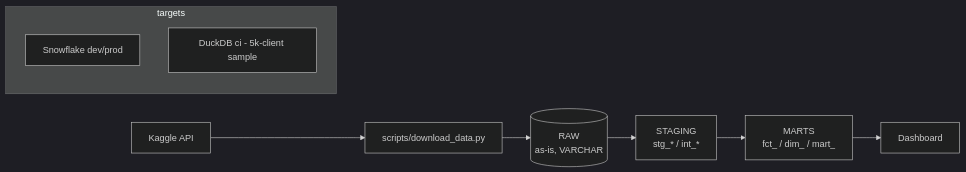
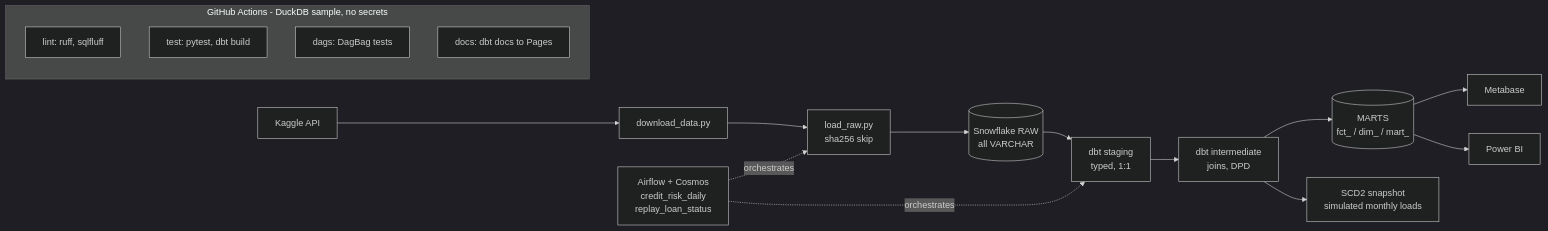
One commit to rondymercedes07/credit-risk-pipeline changed the diagram in README.md. Above: the diagram before and after it, drawn with Mermaid (dark theme). The commit also changed other lines of this file and 1 other file, not shown here.

Commit message:
docs: rewrite the README (architecture, quick start, decisions, findings, costs, limits) and note the checksum effect on the incremental model

````diff
--- a/README.md
+++ b/README.md
@@ -12,12 +24,20 @@
 ```mermaid
 flowchart LR
-    K[Kaggle API] --> D[scripts/download_data.py]
-    D --> R[(RAW<br/>as-is, VARCHAR)]
-    R --> S[STAGING<br/>stg_* / int_*]
-    S --> M[MARTS<br/>fct_ / dim_ / mart_]
-    M --> BI[Dashboard]
-    subgraph targets
-      SF[Snowflake dev/prod]
-      DK[DuckDB ci - 5k-client sample]
+    K[Kaggle API] --> DL[download_data.py]
+    DL --> LR["load_raw.py<br/>sha256 skip"]
+    LR --> RAW[(Snowflake RAW<br/>all VARCHAR)]
+    RAW --> STG[dbt staging<br/>typed, 1:1]
+    STG --> INT[dbt intermediate<br/>joins, DPD]
+    INT --> MARTS[(MARTS<br/>fct_ / dim_ / mart_)]
+    INT --> SNAP[SCD2 snapshot<br/>simulated monthly loads]
+    MARTS --> MB[Metabase]
+    MARTS --> PBI[Power BI]
+    AF["Airflow + Cosmos<br/>credit_risk_daily<br/>replay_loan_status"] -. orchestrates .-> LR
+    AF -. orchestrates .-> STG
+    subgraph CI [GitHub Actions - DuckDB sample, no secrets]
+      L[lint: ruff, sqlfluff]
+      T[test: pytest, dbt build]
+      D[dags: DagBag tests]
+      P[docs: dbt docs to Pages]
     end
 ```
````
